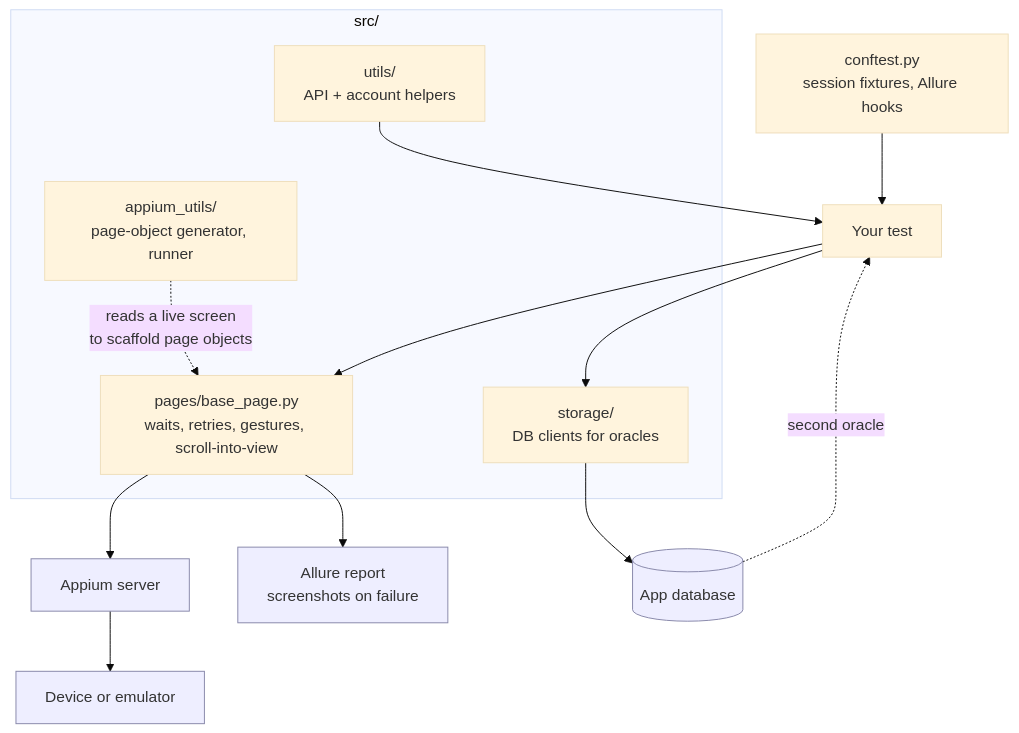
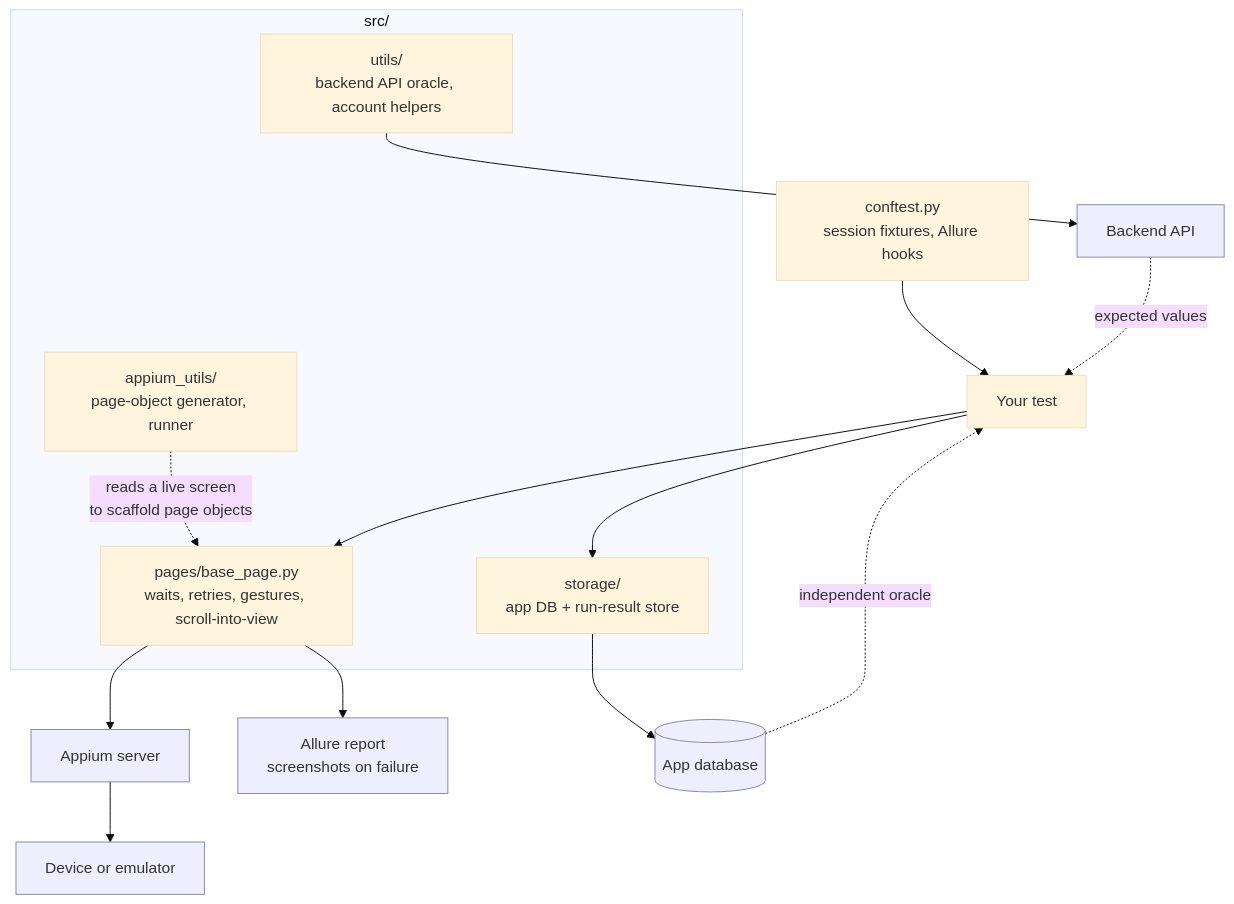
One commit to sonukhobragade/appium-mobile-harness changed the diagram in README.md. Above: the diagram before and after it, drawn with Mermaid (base theme). The commit also changed other lines of this file, not shown here.

First line of the commit message:
docs: the oracle is the backend API, not the result store (#3)

````diff
--- a/README.md
+++ b/README.md
@@ -14,27 +15,30 @@
 ```mermaid
 flowchart TD
     TEST[Your test]
     CONF[conftest.py<br/>session fixtures, Allure hooks]
 
     subgraph harness [src/]
         PAGE[pages/base_page.py<br/>waits, retries, gestures, scroll-into-view]
         GEN[appium_utils/<br/>page-object generator, runner]
-        UTIL[utils/<br/>API + account helpers]
-        STORE[storage/<br/>DB clients for oracles]
+        UTIL[utils/<br/>backend API oracle, account helpers]
+        STORE[storage/<br/>app DB + run-result store]
     end
 
     APPIUM[Appium server]
     DEVICE[Device or emulator]
     DB[(App database)]
+    API[Backend API]
     ALLURE[Allure report<br/>screenshots on failure]
 
     CONF --> TEST --> PAGE --> APPIUM --> DEVICE
     GEN -.reads a live screen<br/>to scaffold page objects.-> PAGE
-    TEST --> STORE --> DB
-    DB -.second oracle.-> TEST
-    UTIL --> TEST
+    UTIL --> API
+    API -.expected values.-> TEST
+    STORE --> DB
+    DB -.independent oracle.-> TEST
+    TEST --> STORE
     PAGE --> ALLURE
 
     classDef ext fill:#eef,stroke:#88a
-    class APPIUM,DEVICE,DB,ALLURE ext
+    class APPIUM,DEVICE,DB,API,ALLURE ext
 ```
````
